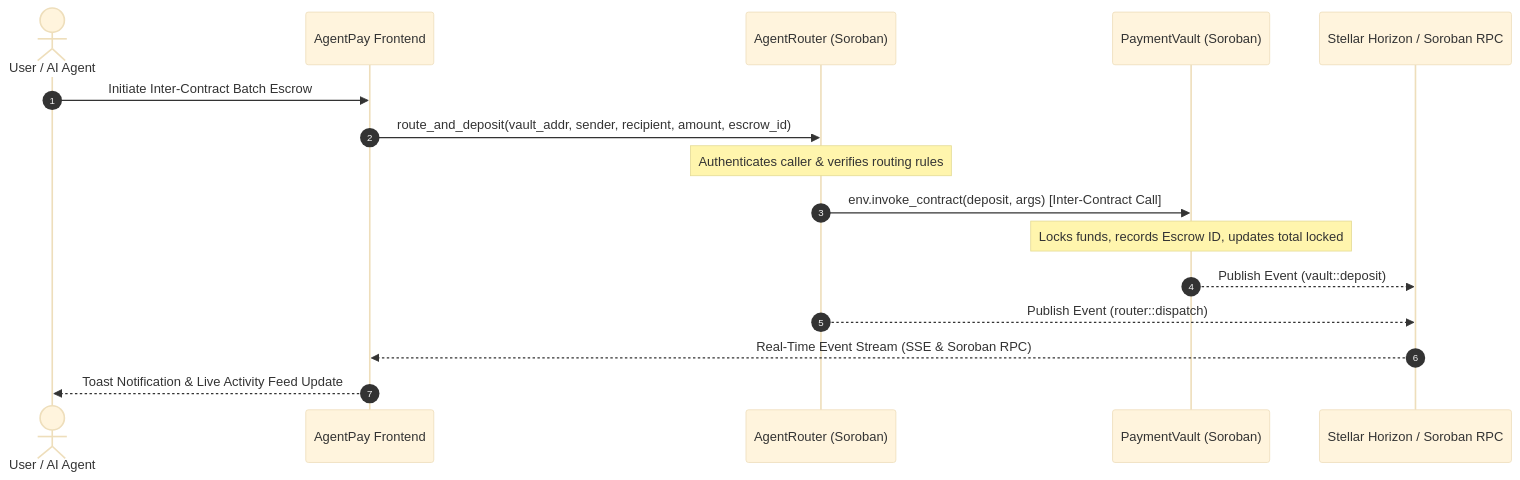
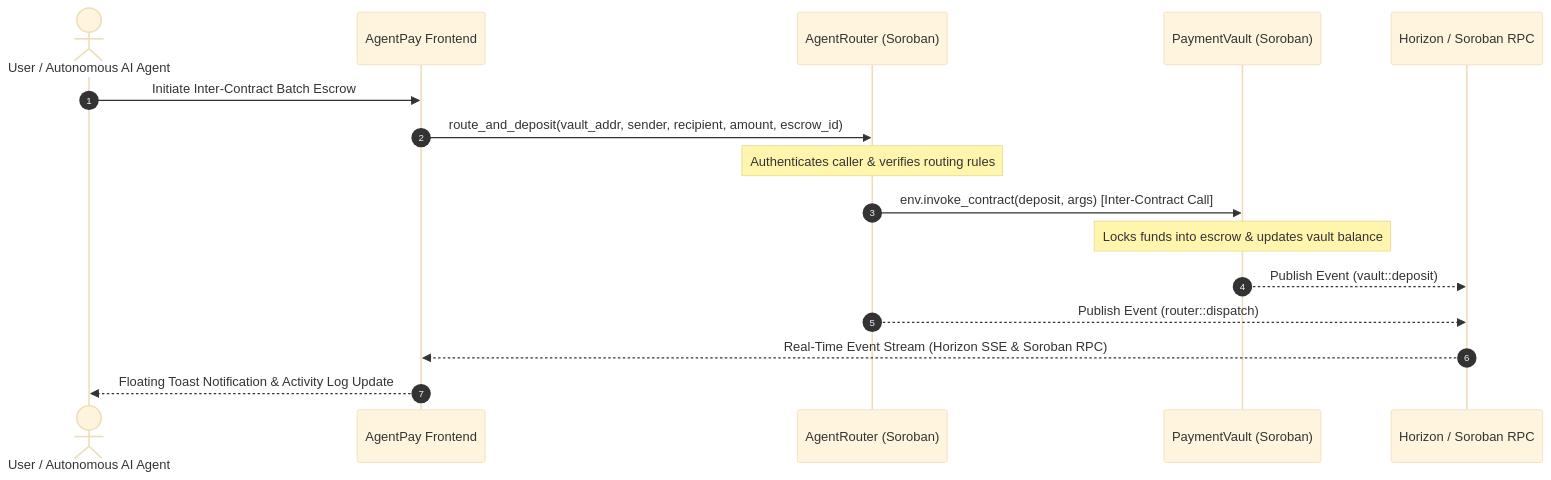
Before and after one commit to avishrakshe/stellar-mastery: the diagram in README.md, drawn with Mermaid (base theme). The commit also changed other lines of this file, not shown here.

````diff
--- a/README.md
+++ b/README.md
@@ -30,19 +29,19 @@
 ```mermaid
 sequenceDiagram
     autonumber
-    actor User as User / AI Agent
+    actor Agent as User / Autonomous AI Agent
     participant WebUI as AgentPay Frontend
     participant Router as AgentRouter (Soroban)
     participant Vault as PaymentVault (Soroban)
-    participant Stellar as Stellar Horizon / Soroban RPC
+    participant Stellar as Horizon / Soroban RPC
 
-    User->>WebUI: Initiate Inter-Contract Batch Escrow
+    Agent->>WebUI: Initiate Inter-Contract Batch Escrow
     WebUI->>Router: route_and_deposit(vault_addr, sender, recipient, amount, escrow_id)
     Note over Router: Authenticates caller & verifies routing rules
     Router->>Vault: env.invoke_contract(deposit, args) [Inter-Contract Call]
-    Note over Vault: Locks funds, records Escrow ID, updates total locked
+    Note over Vault: Locks funds into escrow & updates vault balance
     Vault-->>Stellar: Publish Event (vault::deposit)
     Router-->>Stellar: Publish Event (router::dispatch)
-    Stellar-->>WebUI: Real-Time Event Stream (SSE & Soroban RPC)
-    WebUI-->>User: Toast Notification & Live Activity Feed Update
+    Stellar-->>WebUI: Real-Time Event Stream (Horizon SSE & Soroban RPC)
+    WebUI-->>Agent: Floating Toast Notification & Activity Log Update
 ```
````
